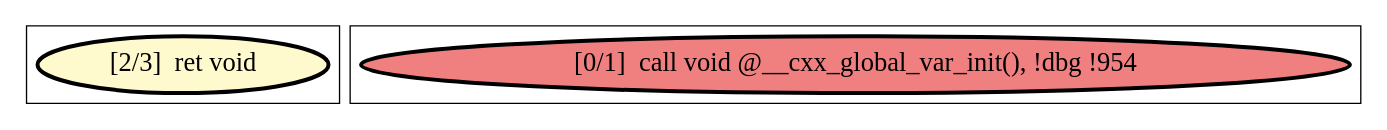
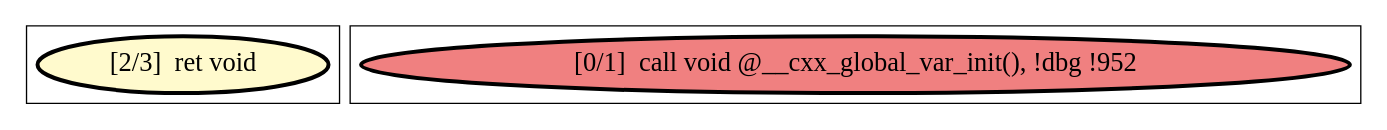
The diagram in playground/dot/loop-nest/pdg/_GLOBAL__sub_I_loop_nest.cpp.pdg.sccs.dot.dot (harel-coffee/PParMetrics-auto), drawn with Graphviz before and after one commit. The commit also changed 268 other files, not shown here.

```diff
--- a/playground/dot/loop-nest/pdg/_GLOBAL__sub_I_loop_nest.cpp.pdg.sccs.dot.dot
+++ b/playground/dot/loop-nest/pdg/_GLOBAL__sub_I_loop_nest.cpp.pdg.sccs.dot.dot
@@ -1,26 +1,26 @@
 
 digraph G {
 
 
 
 
 
 subgraph cluster1 {
 
 
-node1050 [penwidth=3.0,fontsize=20,fillcolor=lemonchiffon,label="[2/3]  ret void",shape=ellipse,style=filled ]
+node500 [penwidth=3.0,fontsize=20,fillcolor=lemonchiffon,label="[2/3]  ret void",shape=ellipse,style=filled ]
 
 
 
 }
 
 subgraph cluster0 {
 
 
-node1049 [penwidth=3.0,fontsize=20,fillcolor=lightcoral,label="[0/1]  call void @__cxx_global_var_init(), !dbg !954",shape=ellipse,style=filled ]
+node499 [penwidth=3.0,fontsize=20,fillcolor=lightcoral,label="[0/1]  call void @__cxx_global_var_init(), !dbg !952",shape=ellipse,style=filled ]
 
 
 
 }
 
 }
```
